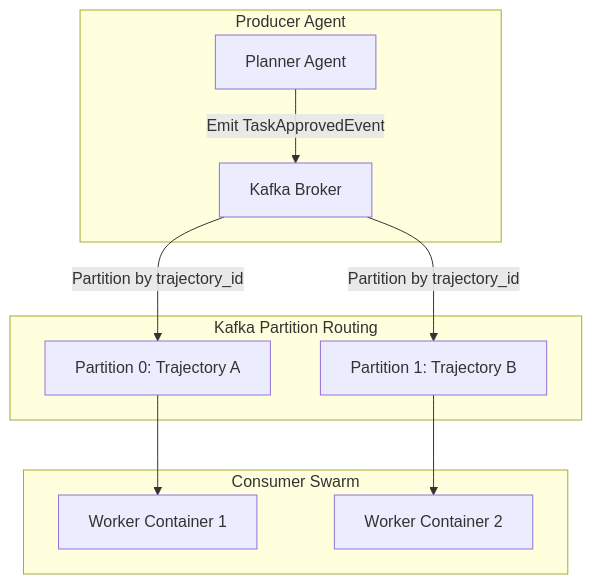
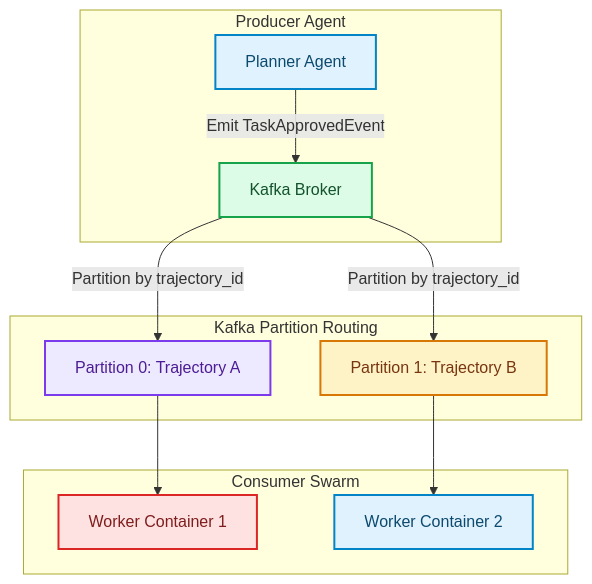
The diagram in blog/posts/event-driven-kafka-streaming-agent-topics.md (akmalkhaniub/akmalkhaniub.github.io), drawn with Mermaid before and after one commit. The commit also changed other lines of this file and 1291 other files, not shown here.

First line of the commit message:
feat(catalog): unique covers, scholarly references, and diagram palettes

````diff
--- a/blog/posts/event-driven-kafka-streaming-agent-topics.md
+++ b/blog/posts/event-driven-kafka-streaming-agent-topics.md
@@ -16,14 +16,25 @@
 ```mermaid
 flowchart TD
   subgraph SG1_ProducerAgent ["Producer Agent"]
-    A[Planner Agent] -->|Emit TaskApprovedEvent| K[Kafka Broker]
+    A["Planner Agent"] -->|Emit TaskApprovedEvent| K["Kafka Broker"]
   end
   subgraph SG2_KafkaPartitionRouting ["Kafka Partition Routing"]
-    K -->|Partition by trajectory_id| P1[Partition 0: Trajectory A]
-    K -->|Partition by trajectory_id| P2[Partition 1: Trajectory B]
+    K -->|Partition by trajectory_id| P1["Partition 0: Trajectory A"]
+    K -->|Partition by trajectory_id| P2["Partition 1: Trajectory B"]
   end
   subgraph SG3_ConsumerSwarm ["Consumer Swarm"]
-    P1 --> W1[Worker Container 1]
-    P2 --> W2[Worker Container 2]
+    P1 --> W1["Worker Container 1"]
+    P2 --> W2["Worker Container 2"]
   end
+
+classDef green fill:#dcfce7,stroke:#16a34a,stroke-width:2px,color:#14532d;
+classDef red fill:#fee2e2,stroke:#dc2626,stroke-width:2px,color:#7f1d1d;
+classDef blue fill:#e0f2fe,stroke:#0284c7,stroke-width:2px,color:#0c4a6e;
+classDef yellow fill:#fef3c7,stroke:#d97706,stroke-width:2px,color:#78350f;
+classDef purple fill:#ede9fe,stroke:#7c3aed,stroke-width:2px,color:#4c1d95;
+class A,W2 blue
+class K green
+class P1 purple
+class P2 yellow
+class W1 red
 ```
````
